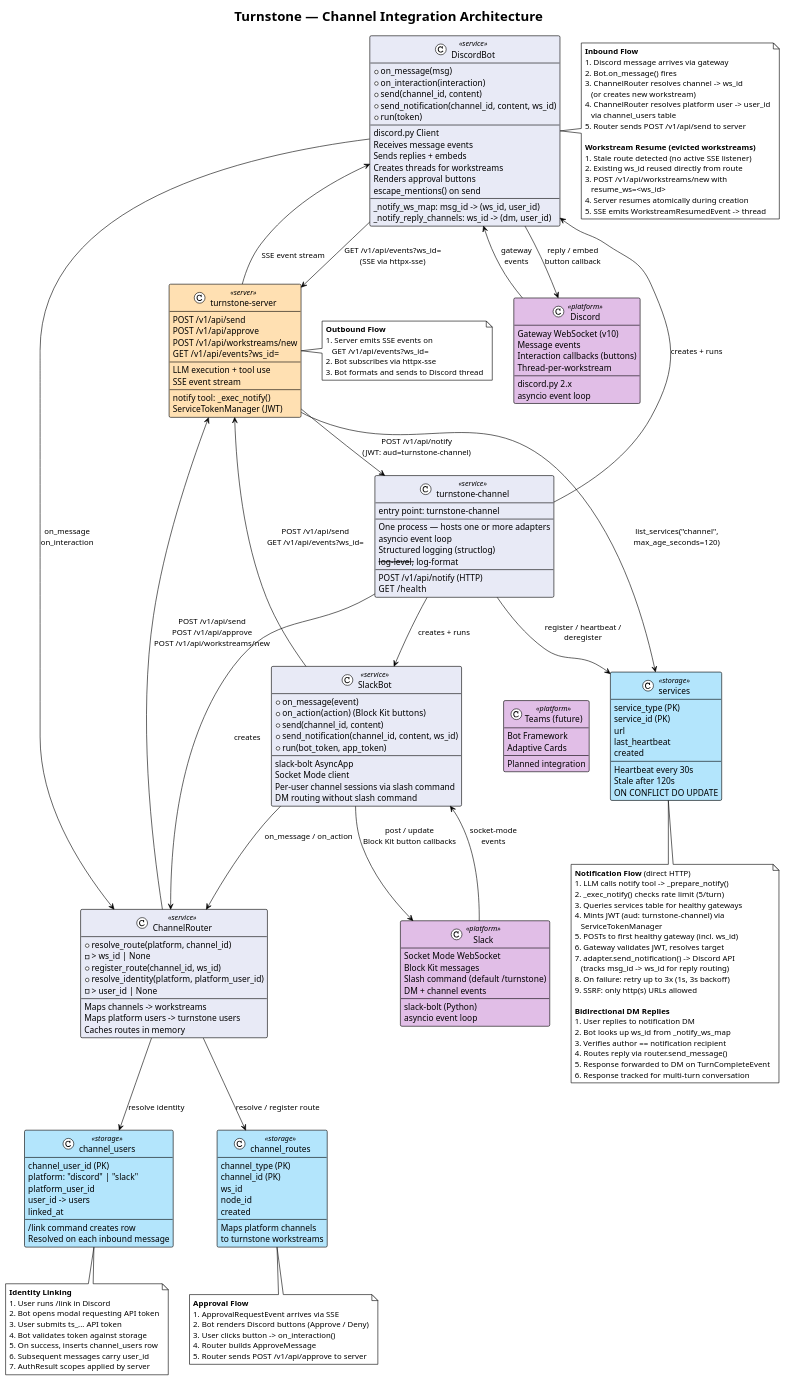
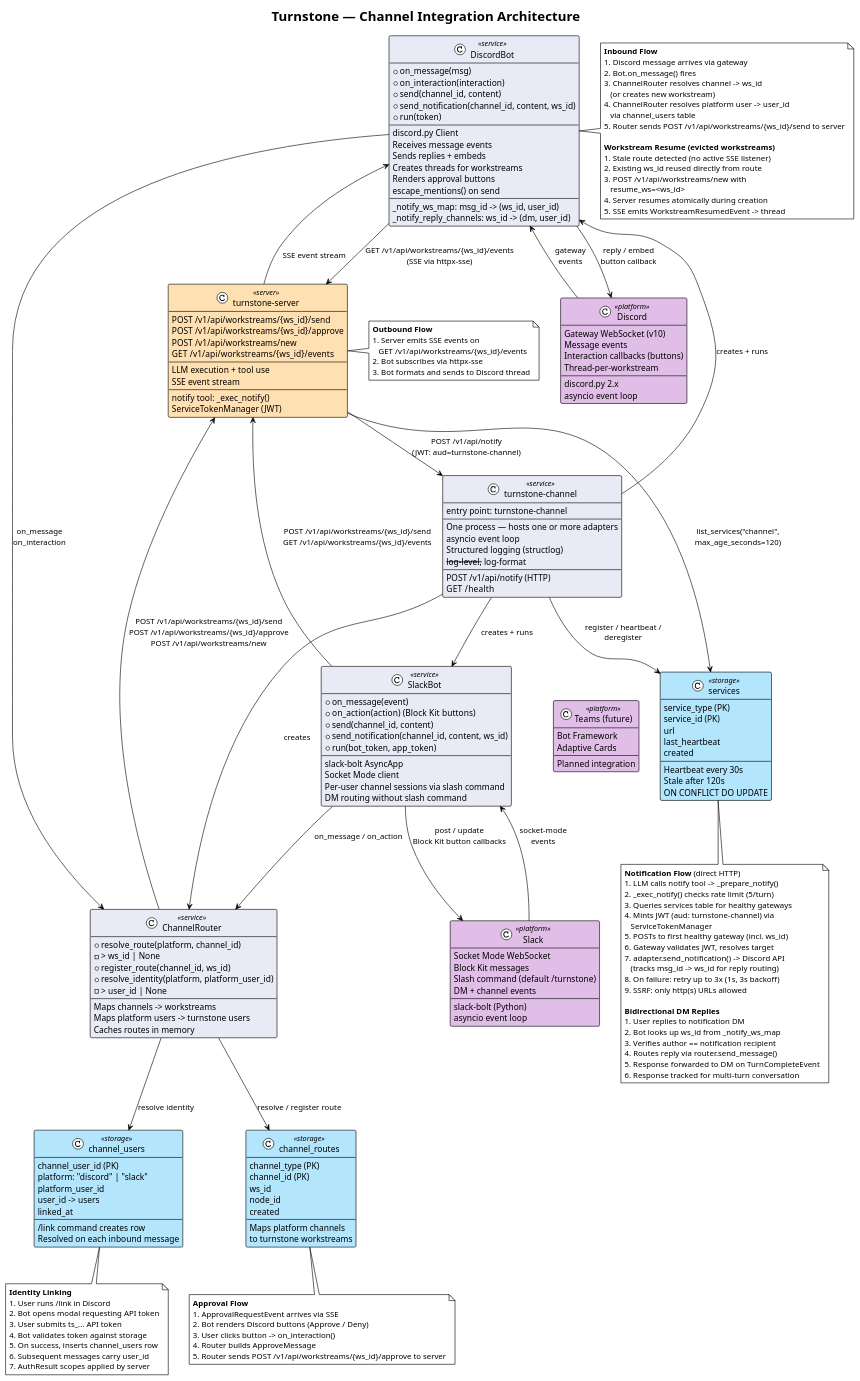
One commit to turnstonelabs/turnstone changed the diagram in docs/diagrams/16-channel-architecture.puml. Above: the diagram before and after it, drawn with PlantUML. The commit also changed 8 other files, not shown here.

```diff
--- a/docs/diagrams/16-channel-architecture.puml
+++ b/docs/diagrams/16-channel-architecture.puml
@@ -95,10 +95,10 @@
 
 ' -- Server --
 class "turnstone-server" as Server <<server>> {
-    POST /v1/api/send
-    POST /v1/api/approve
+    POST /v1/api/workstreams/{ws_id}/send
+    POST /v1/api/workstreams/{ws_id}/approve
     POST /v1/api/workstreams/new
-    GET  /v1/api/events?ws_id=
+    GET  /v1/api/workstreams/{ws_id}/events
     --
     LLM execution + tool use
     SSE event stream
@@ -148,15 +148,15 @@
 Router --> CU : resolve identity
 Router --> CR : resolve / register route
 
-Router --> Server : POST /v1/api/send\nPOST /v1/api/approve\nPOST /v1/api/workstreams/new
-Bot --> Server : GET /v1/api/events?ws_id=\n(SSE via httpx-sse)
+Router --> Server : POST /v1/api/workstreams/{ws_id}/send\nPOST /v1/api/workstreams/{ws_id}/approve\nPOST /v1/api/workstreams/new
+Bot --> Server : GET /v1/api/workstreams/{ws_id}/events\n(SSE via httpx-sse)
 Server --> Bot : SSE event stream
 
 Bot --> Discord : reply / embed\nbutton callback
 
 Slack --> SlackBot : socket-mode\nevents
 SlackBot --> Router : on_message / on_action
-SlackBot --> Server : POST /v1/api/send\nGET /v1/api/events?ws_id=
+SlackBot --> Server : POST /v1/api/workstreams/{ws_id}/send\nGET /v1/api/workstreams/{ws_id}/events
 SlackBot --> Slack : post / update\nBlock Kit button callbacks
 
 Teams .[hidden]. Slack
@@ -179,7 +179,7 @@
      (or creates new workstream)
   4. ChannelRouter resolves platform user -> user_id
      via channel_users table
-  5. Router sends POST /v1/api/send to server
+  5. Router sends POST /v1/api/workstreams/{ws_id}/send to server
 
   **Workstream Resume (evicted workstreams)**
   1. Stale route detected (no active SSE listener)
@@ -193,7 +193,7 @@
 note right of Server
   **Outbound Flow**
   1. Server emits SSE events on
-     GET /v1/api/events?ws_id=
+     GET /v1/api/workstreams/{ws_id}/events
   2. Bot subscribes via httpx-sse
   3. Bot formats and sends to Discord thread
 end note
@@ -204,7 +204,7 @@
   2. Bot renders Discord buttons (Approve / Deny)
   3. User clicks button -> on_interaction()
   4. Router builds ApproveMessage
-  5. Router sends POST /v1/api/approve to server
+  5. Router sends POST /v1/api/workstreams/{ws_id}/approve to server
 end note
 
 note bottom of CU
```
